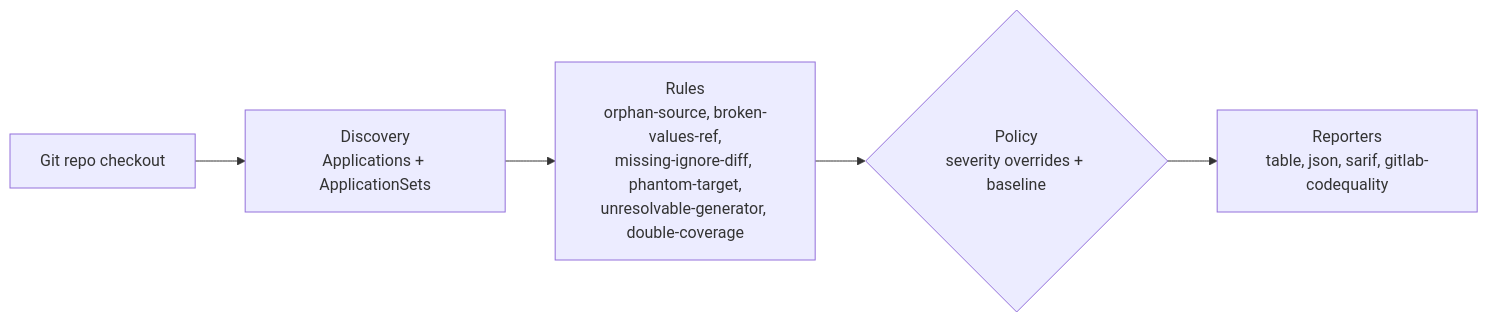
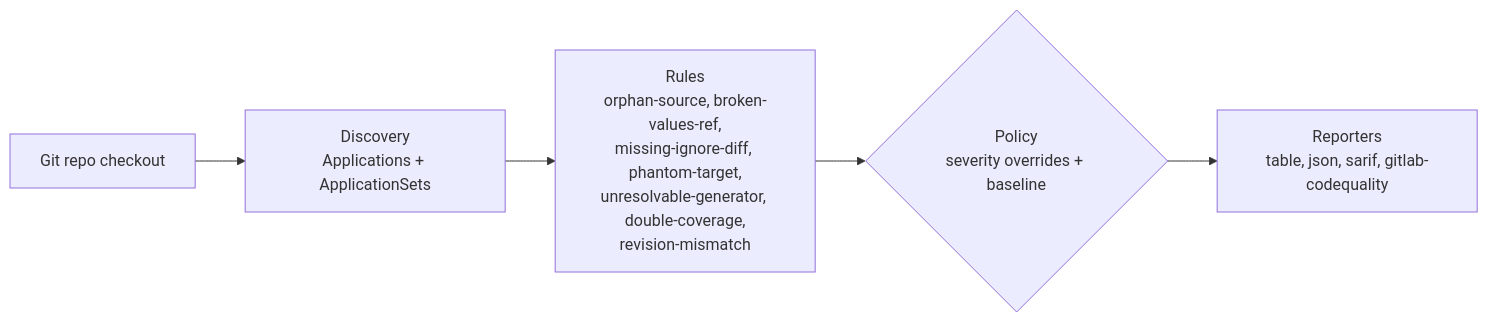
Before and after one commit to actions-marketplace-validations/gillesl-dev_argocd-source-lint: the diagram in README.md, drawn with Mermaid. The commit also changed other lines of this file and 17 other files, not shown here.

First line of the commit message:
feat: resolve a source against its own targetRevision when it drifts from HEAD

````diff
--- a/README.md
+++ b/README.md
@@ -67,7 +68,7 @@
 ```mermaid
 flowchart LR
     A["Git repo checkout"] --> B["Discovery<br/>Applications + ApplicationSets"]
-    B --> C["Rules<br/>orphan-source, broken-values-ref,<br/>missing-ignore-diff, phantom-target,<br/>unresolvable-generator, double-coverage"]
+    B --> C["Rules<br/>orphan-source, broken-values-ref,<br/>missing-ignore-diff, phantom-target,<br/>unresolvable-generator, double-coverage,<br/>revision-mismatch"]
     C --> D{"Policy<br/>severity overrides + baseline"}
     D --> E["Reporters<br/>table, json, sarif, gitlab-codequality"]
 ```
````
